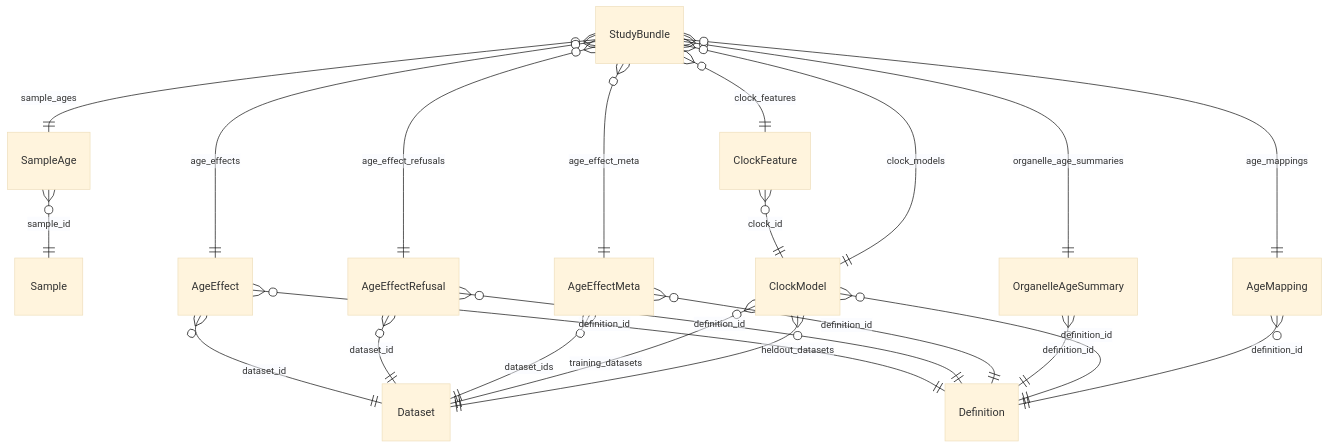
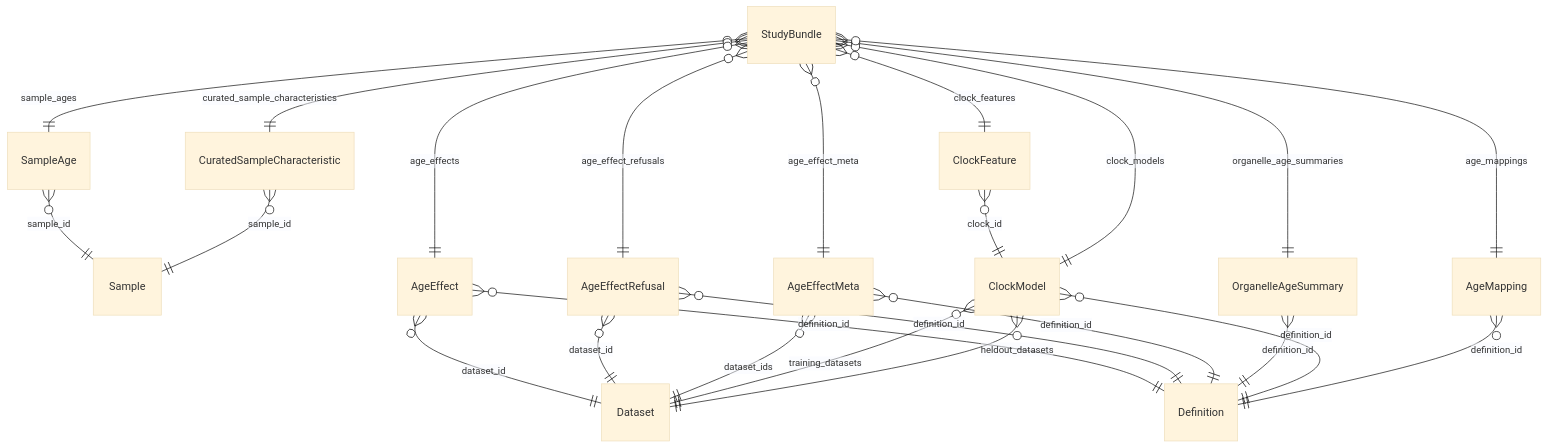
One commit to smith-chem-wisc/PXReprise changed the diagram in datarepo/docs/schema/study-aging.md. Above: the diagram before and after it, drawn with Mermaid (base theme). The commit also changed other lines of this file and 5 other files, not shown here.

First line of the commit message:
0.29.0: curated_sample_characteristics (aging 078, REQ-DATAREPO-6)

````diff
--- a/datarepo/docs/schema/study-aging.md
+++ b/datarepo/docs/schema/study-aging.md
@@ -27,24 +28,26 @@
 ```mermaid
 erDiagram
     SampleAge }o--|| Sample : "sample_id"
+    CuratedSampleCharacteristic }o--|| Sample : "sample_id"
     AgeEffect }o--|| Dataset : "dataset_id"
     AgeEffect }o--|| Definition : "definition_id"
     AgeEffectRefusal }o--|| Dataset : "dataset_id"
     AgeEffectRefusal }o--|| Definition : "definition_id"
     AgeEffectMeta }o--|| Dataset : "dataset_ids"
     AgeEffectMeta }o--|| Definition : "definition_id"
     OrganelleAgeSummary }o--|| Definition : "definition_id"
     ClockModel }o--|| Definition : "definition_id"
     ClockModel }o--|| Dataset : "training_datasets"
     ClockModel }o--|| Dataset : "heldout_datasets"
     ClockFeature }o--|| ClockModel : "clock_id"
     AgeMapping }o--|| Definition : "definition_id"
     StudyBundle }o--|| SampleAge : "sample_ages"
+    StudyBundle }o--|| CuratedSampleCharacteristic : "curated_sample_characteristics"
     StudyBundle }o--|| AgeEffect : "age_effects"
     StudyBundle }o--|| AgeEffectRefusal : "age_effect_refusals"
     StudyBundle }o--|| AgeEffectMeta : "age_effect_meta"
     StudyBundle }o--|| OrganelleAgeSummary : "organelle_age_summaries"
     StudyBundle }o--|| ClockModel : "clock_models"
     StudyBundle }o--|| ClockFeature : "clock_features"
     StudyBundle }o--|| AgeMapping : "age_mappings"
 ```
````
